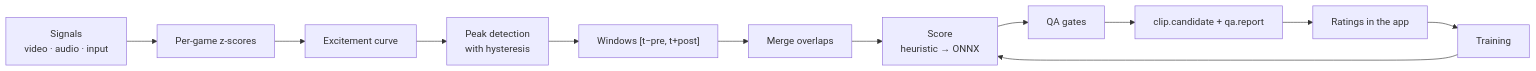
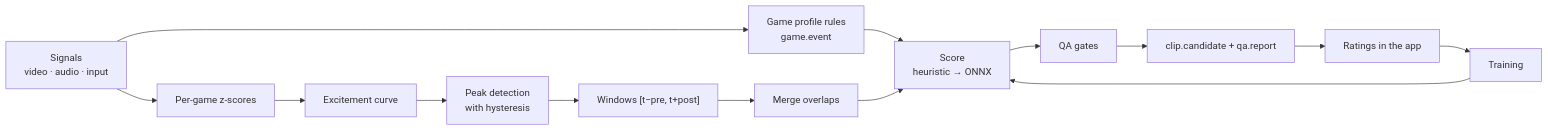
One commit to Joshmh7128/Lookback changed the fourth of 5 diagrams in docs/wiki/Architecture.md. Above: the diagram before and after it, drawn with Mermaid. The commit also changed other lines of this file and 40 other files, not shown here.

````diff
--- a/docs/wiki/Architecture.md
+++ b/docs/wiki/Architecture.md
@@ -122,13 +122,15 @@
 ```mermaid
 flowchart LR
     S[Signals<br/>video · audio · input] --> N[Per-game z-scores]
+    S --> GP[Game profile rules<br/>game.event]
+    GP --> SC
     N --> C[Excitement curve]
     C --> P[Peak detection<br/>with hysteresis]
     P --> W["Windows [t−pre, t+post]"]
     W --> M[Merge overlaps]
     M --> SC[Score<br/>heuristic → ONNX]
     SC --> QA[QA gates]
     QA --> OUT[clip.candidate + qa.report]
     OUT --> R[Ratings in the app]
     R --> T[Training] --> SC
 ```
````
